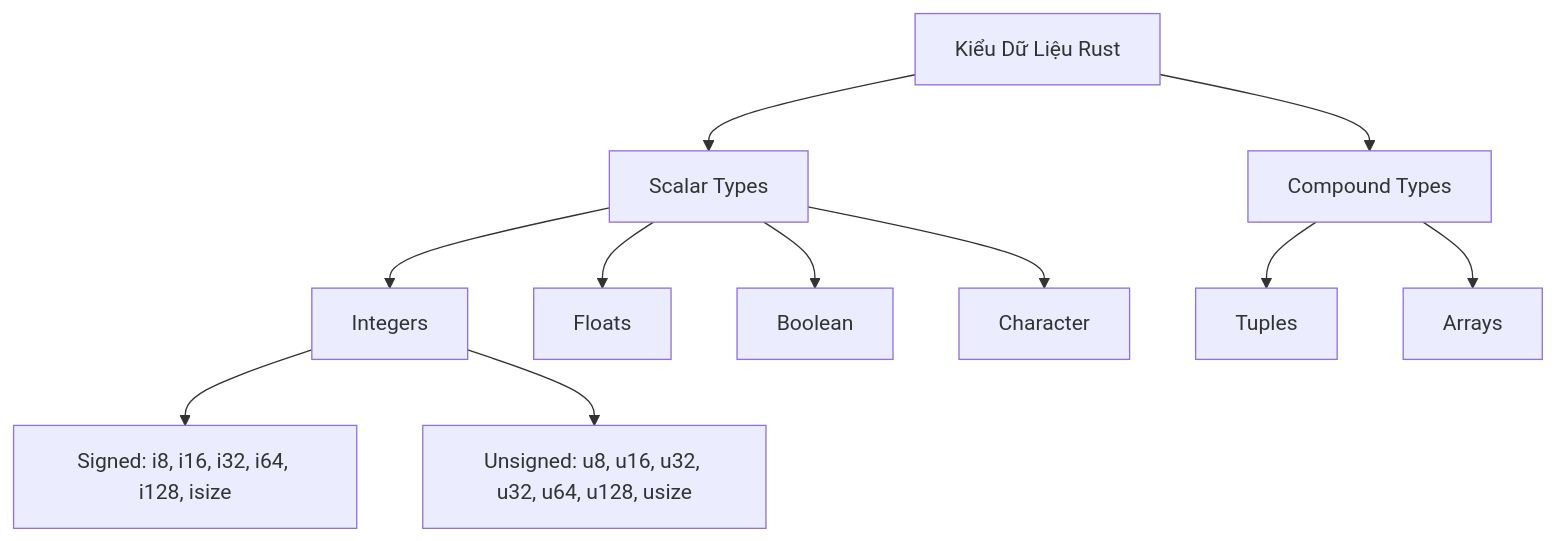
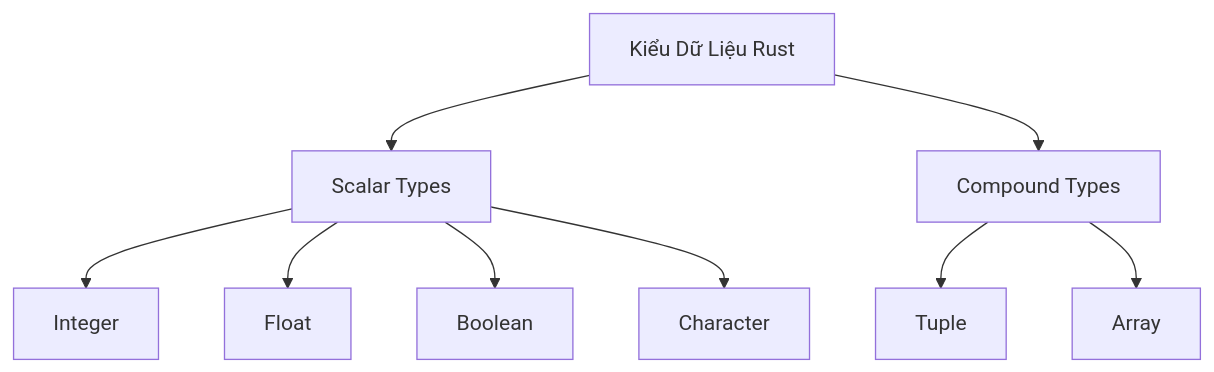
Before and after one commit to khieu-dv/vievlog: the first of 3 diagrams in src/content/soft-skills/rust/bai-3.mdx, drawn with Mermaid. The commit also changed other lines of this file, not shown here.

````diff
--- a/src/content/soft-skills/rust/bai-3.mdx
+++ b/src/content/soft-skills/rust/bai-3.mdx
@@ -10,13 +14,11 @@
 ```mermaid
 graph TD
     A[Kiểu Dữ Liệu Rust] --> B[Scalar Types]
     A --> C[Compound Types]
-    B --> D[Integers]
-    B --> E[Floats]
+    B --> D[Integer]
+    B --> E[Float]
     B --> F[Boolean]
     B --> G[Character]
-    C --> H[Tuples]
-    C --> I[Arrays]
-    D --> J[Signed: i8, i16, i32, i64, i128, isize]
-    D --> K[Unsigned: u8, u16, u32, u32, u64, u128, usize]
+    C --> H[Tuple]
+    C --> I[Array]
 ```
````
